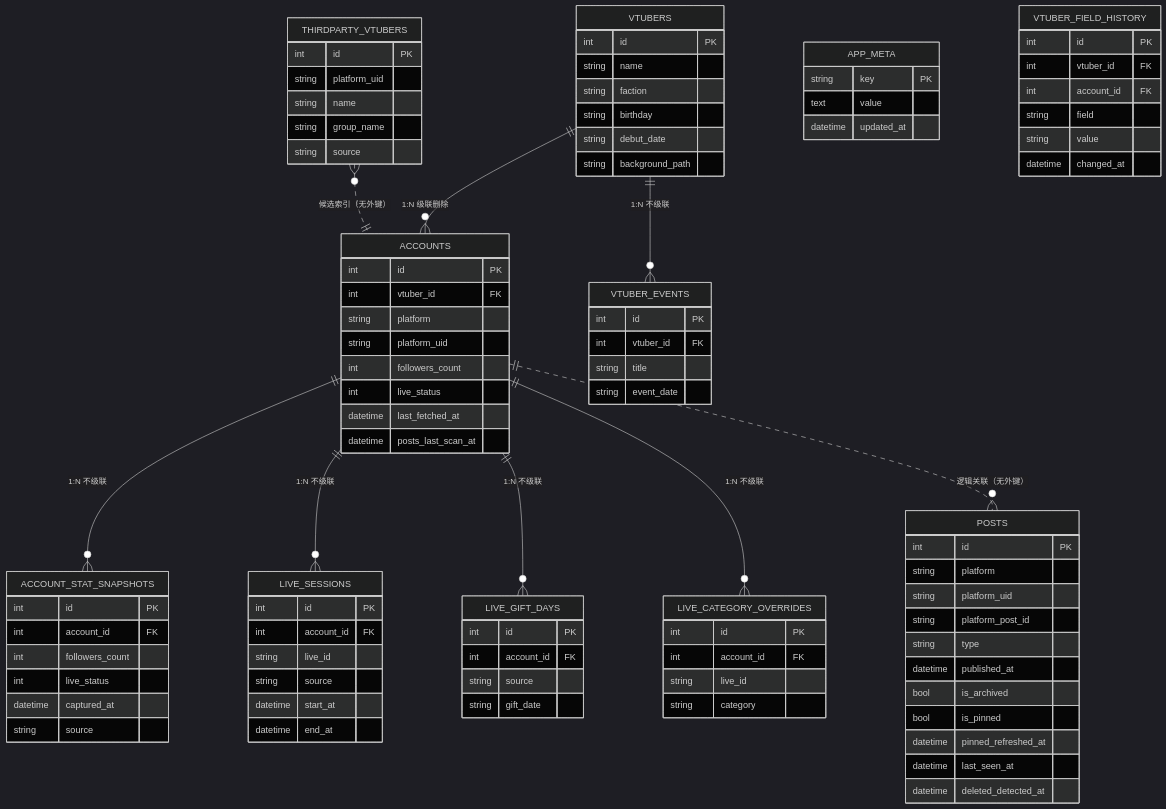
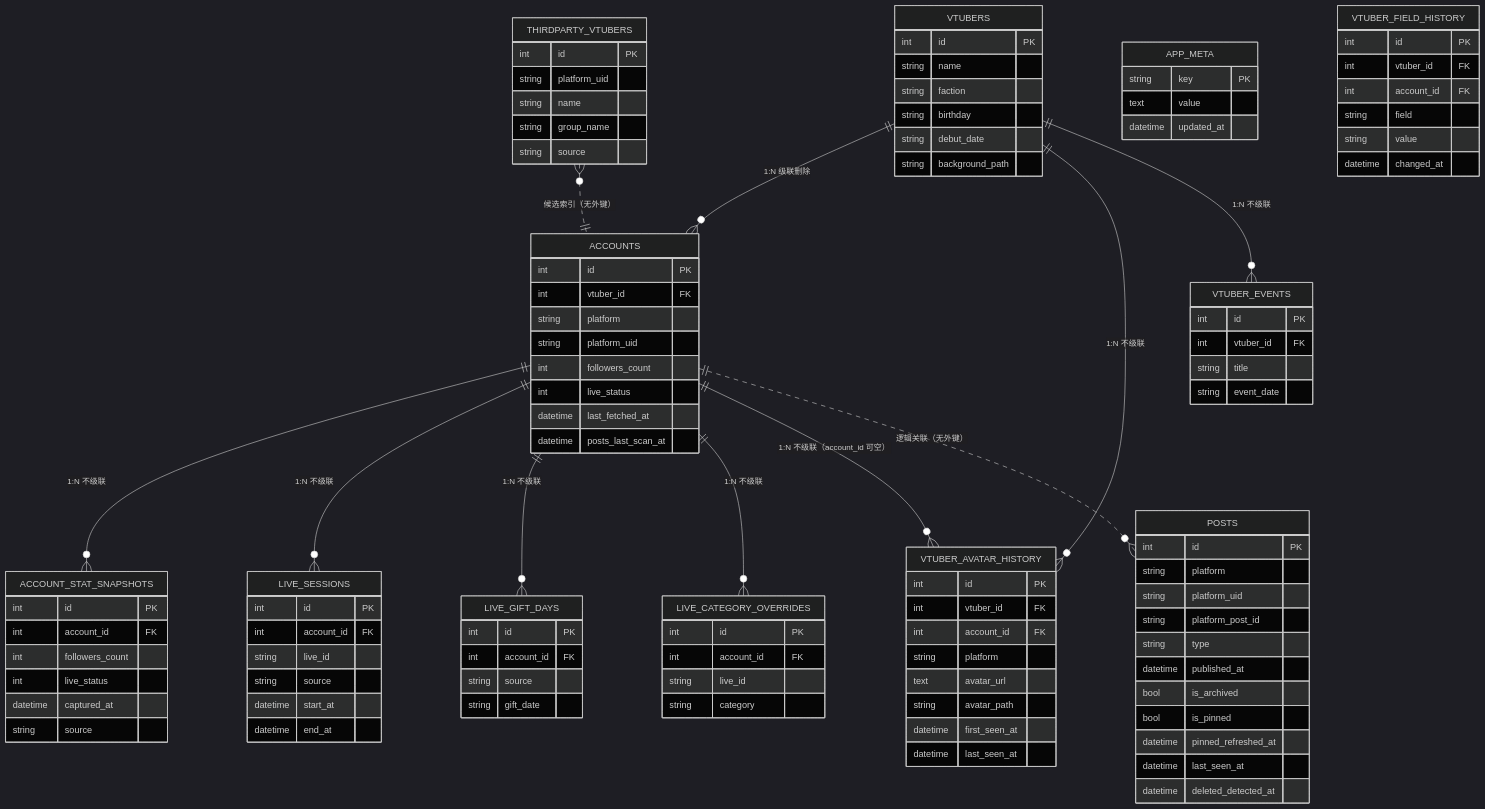
The second of 8 diagrams in docs/ARCHITECTURE.md (Mrslippe/DDToolkit), drawn with Mermaid (dark theme) before and after one commit. The commit also changed other lines of this file and 38 other files, not shown here.

````diff
--- a/docs/ARCHITECTURE.md
+++ b/docs/ARCHITECTURE.md
@@ -81,6 +81,8 @@
   ACCOUNTS ||--o{ LIVE_SESSIONS : "1:N 不级联"
   ACCOUNTS ||--o{ LIVE_GIFT_DAYS : "1:N 不级联"
   ACCOUNTS ||--o{ LIVE_CATEGORY_OVERRIDES : "1:N 不级联"
+  ACCOUNTS ||--o{ VTUBER_AVATAR_HISTORY : "1:N 不级联（account_id 可空）"
+  VTUBERS ||--o{ VTUBER_AVATAR_HISTORY : "1:N 不级联"
   VTUBERS ||--o{ VTUBER_EVENTS : "1:N 不级联"
   ACCOUNTS ||..o{ POSTS : "逻辑关联（无外键）"
   THIRDPARTY_VTUBERS }o..|| ACCOUNTS : "候选索引（无外键）"
@@ -170,4 +172,14 @@
     string value
     datetime changed_at
   }
+  VTUBER_AVATAR_HISTORY {
+    int id PK
+    int vtuber_id FK
+    int account_id FK
+    string platform
+    text avatar_url
+    string avatar_path
+    datetime first_seen_at
+    datetime last_seen_at
+  }
 ```
````
